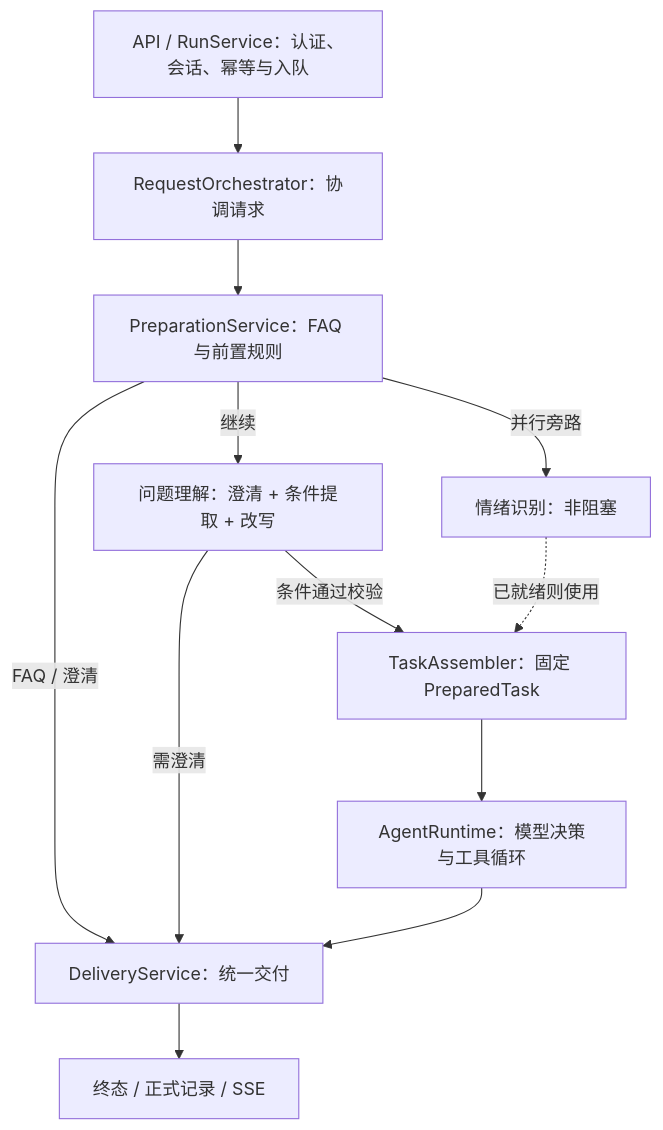
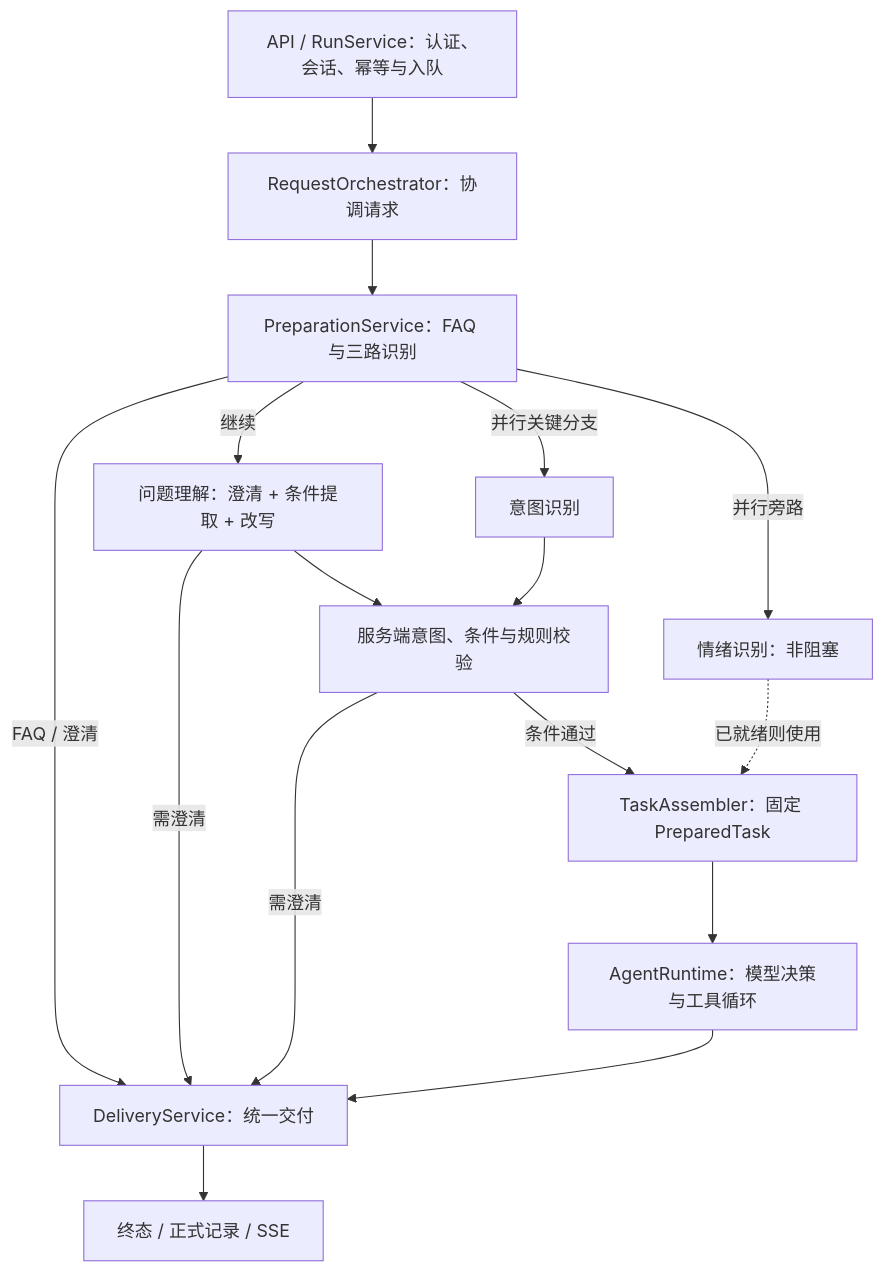
The diagram in tianmu-agent/README.md (blackirlsama/DokiTV), drawn with Mermaid before and after one commit. The commit also changed other lines of this file and 108 other files, not shown here.

````diff
--- a/tianmu-agent/README.md
+++ b/tianmu-agent/README.md
@@ -20,15 +20,19 @@
 ```mermaid
 flowchart TD
     A["API / RunService：认证、会话、幂等与入队"]
     A --> B["RequestOrchestrator：协调请求"]
-    B --> C["PreparationService：FAQ 与前置规则"]
+    B --> C["PreparationService：FAQ 与三路识别"]
     C -->|FAQ / 澄清| F["DeliveryService：统一交付"]
     C -->|继续| U["问题理解：澄清 + 条件提取 + 改写"]
+    C -->|并行关键分支| I["意图识别"]
     C -->|并行旁路| M["情绪识别：非阻塞"]
     U -->|需澄清| F
-    U -->|条件通过校验| D["TaskAssembler：固定 PreparedTask"]
+    U --> V["服务端意图、条件与规则校验"]
+    I --> V
+    V -->|条件通过| D["TaskAssembler：固定 PreparedTask"]
+    V -->|需澄清| F
     M -.已就绪则使用.-> D
     D --> E["AgentRuntime：模型决策与工具循环"]
     E --> F
     F --> G["终态 / 正式记录 / SSE"]
 ```
````
